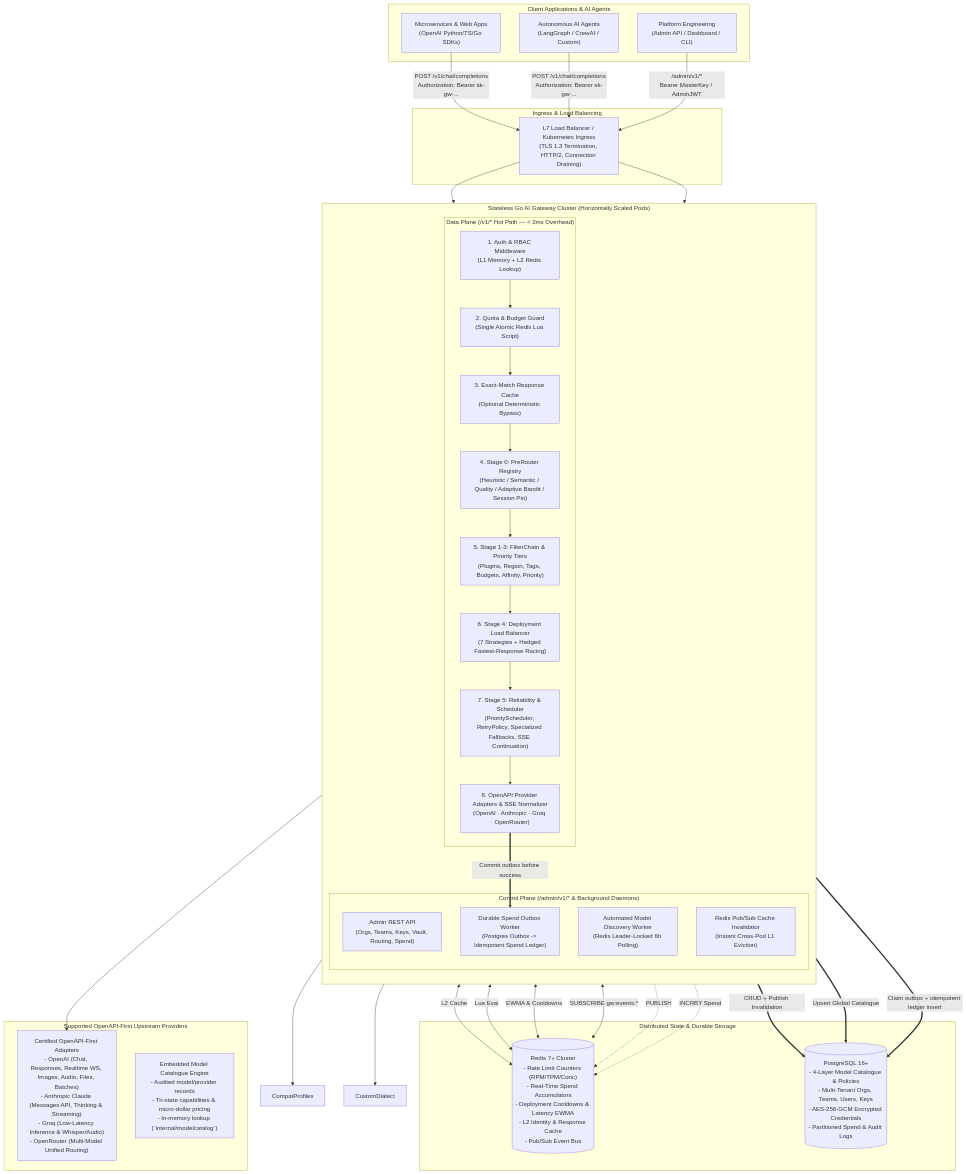
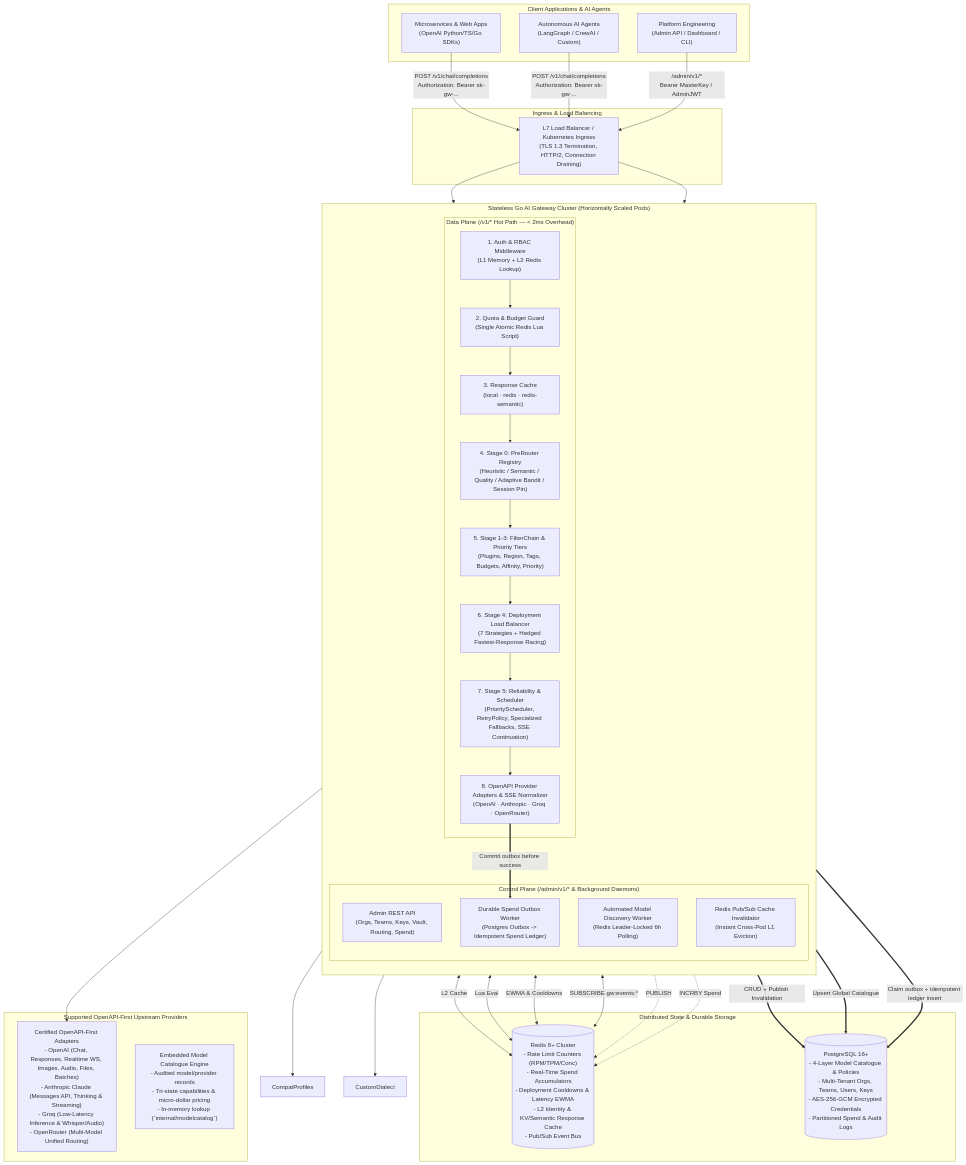
Before and after one commit to goroute-ai/ai-gateway-go: the first of 6 diagrams in docs/ARCHITECTURE.md, drawn with Mermaid. The commit also changed other lines of this file and 79 other files, not shown here.

Commit message:
feat(cache,ui): single-backend response caching (local/redis/redis-semantic), hardening & Operator UI wiring (#183)

````diff
--- a/docs/ARCHITECTURE.md
+++ b/docs/ARCHITECTURE.md
@@ -111,63 +111,63 @@
 ```mermaid
 flowchart TB
     subgraph Clients["Client Applications & AI Agents"]
         App1["Microservices & Web Apps\n(OpenAI Python/TS/Go SDKs)"]
         App2["Autonomous AI Agents\n(LangGraph / CrewAI / Custom)"]
         Admin["Platform Engineering\n(Admin API / Dashboard / CLI)"]
     end
 
     subgraph Edge["Ingress & Load Balancing"]
         LB["L7 Load Balancer / Kubernetes Ingress\n(TLS 1.3 Termination, HTTP/2, Connection Draining)"]
     end
 
     subgraph Cluster["Stateless Go AI Gateway Cluster (Horizontally Scaled Pods)"]
         direction TB
         subgraph DataPlane["Data Plane (/v1/* Hot Path — < 2ms Overhead)"]
             AuthMW["1. Auth & RBAC Middleware\n(L1 Memory + L2 Redis Lookup)"]
             RateLimitMW["2. Quota & Budget Guard\n(Single Atomic Redis Lua Script)"]
-            RespCache["3. Exact-Match Response Cache\n(Optional Deterministic Bypass)"]
+            RespCache["3. Response Cache\n(local · redis · redis-semantic)"]
             PreRouter["4. Stage 0: PreRouter Registry\n(Heuristic / Semantic / Quality / Adaptive Bandit / Session Pin)"]
             Stage1Router["5. Stage 1-3: FilterChain & Priority Tiers\n(Plugins, Region, Tags, Budgets, Affinity, Priority)"]
             Stage2LB["6. Stage 4: Deployment Load Balancer\n(7 Strategies + Hedged Fastest-Response Racing)"]
             Reliability["7. Stage 5: Reliability & Scheduler\n(PriorityScheduler, RetryPolicy, Specialized Fallbacks, SSE Continuation)"]
             AdapterLayer["8. OpenAPI Provider Adapters & SSE Normalizer\n(OpenAI · Anthropic · Groq · OpenRouter)"]
         end
 
         subgraph ControlPlane["Control Plane (/admin/v1/* & Background Daemons)"]
             AdminAPI["Admin REST API\n(Orgs, Teams, Keys, Vault, Routing, Spend)"]
             DiscoveryWorker["Automated Model Discovery Worker\n(Redis Leader-Locked 6h Polling)"]
             SpendWorker["Durable Spend Outbox Worker\n(Postgres Outbox -> Idempotent Spend Ledger)"]
             PubSubInvalidator["Redis Pub/Sub Cache Invalidator\n(Instant Cross-Pod L1 Eviction)"]
         end
     end
 
     subgraph BackingStores["Distributed State & Durable Storage"]
-        Redis[("Redis 7+ Cluster\n- Rate Limit Counters (RPM/TPM/Conc)\n- Real-Time Spend Accumulators\n- Deployment Cooldowns & Latency EWMA\n- L2 Identity & Response Cache\n- Pub/Sub Event Bus")]
+        Redis[("Redis 8+ Cluster\n- Rate Limit Counters (RPM/TPM/Conc)\n- Real-Time Spend Accumulators\n- Deployment Cooldowns & Latency EWMA\n- L2 Identity & KV/Semantic Response Cache\n- Pub/Sub Event Bus")]
         Postgres[("PostgreSQL 16+\n- 4-Layer Model Catalogue & Policies\n- Multi-Tenant Orgs, Teams, Users, Keys\n- AES-256-GCM Encrypted Credentials\n- Partitioned Spend & Audit Logs")]
     end
 
     subgraph Upstreams["Supported OpenAPI-First Upstream Providers"]
         Native["Certified OpenAPI-First Adapters\n- OpenAI (Chat, Responses, Realtime WS, Images, Audio, Files, Batches)\n- Anthropic Claude (Messages API, Thinking & Streaming)\n- Groq (Low-Latency Inference & Whisper/Audio)\n- OpenRouter (Multi-Model Unified Routing)"]
         CatalogEngine["Embedded Model Catalogue Engine\n- Audited model/provider records\n- Tri-state capabilities & micro-dollar pricing\n- In-memory lookup (`internal/modelcatalog`)"]
     end
 
     App1 & App2 -->|"POST /v1/chat/completions\nAuthorization: Bearer sk-gw-..."| LB
     Admin -->|" /admin/v1/*\nBearer MasterKey / AdminJWT"| LB
     LB --> AuthMW
     LB --> AdminAPI
 
     AuthMW --> RateLimitMW --> RespCache --> PreRouter --> Stage1Router --> Stage2LB --> Reliability --> AdapterLayer
     AdapterLayer ==>|"Commit outbox before success"| SpendWorker
 
     AuthMW <-->|"L2 Cache"| Redis
     RateLimitMW <-->|"Lua Eval"| Redis
     Stage2LB <-->|"EWMA & Cooldowns"| Redis
     PubSubInvalidator <-->|"SUBSCRIBE gw:events:*"| Redis
     AdminAPI ==>|"CRUD + Publish Invalidation"| Postgres
     AdminAPI -.->|"PUBLISH"| Redis
     DiscoveryWorker ==>|"Upsert Global Catalogue"| Postgres
     SpendWorker ==>|"Claim outbox + idempotent ledger insert"| Postgres
     SpendWorker -.->|"INCRBY Spend"| Redis
 
     AdapterLayer --> Native & CompatProfiles & CustomDialect
 ```
````
